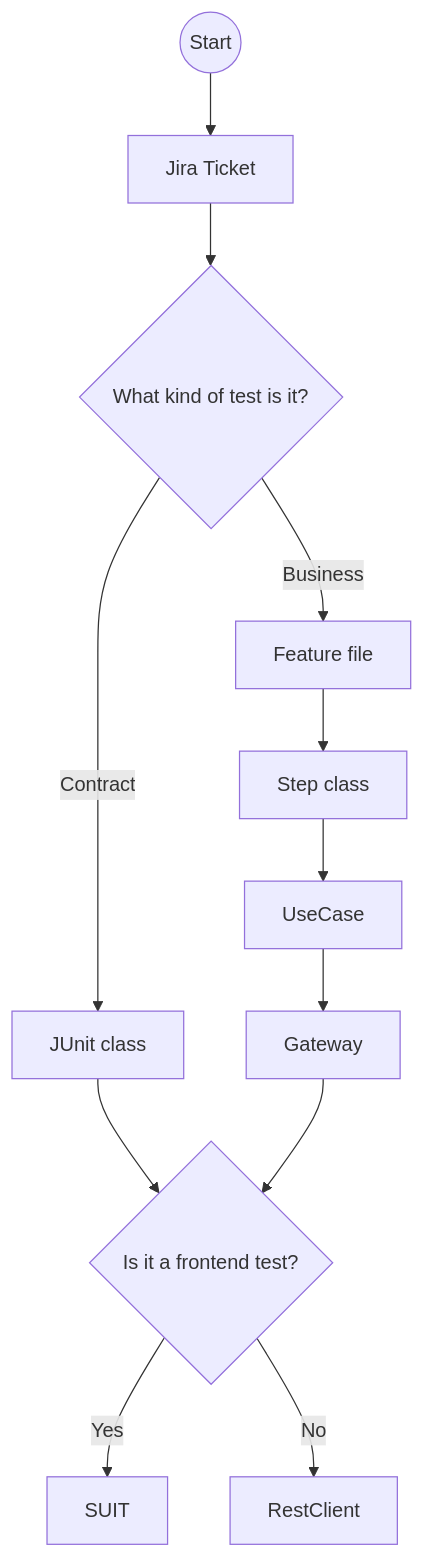
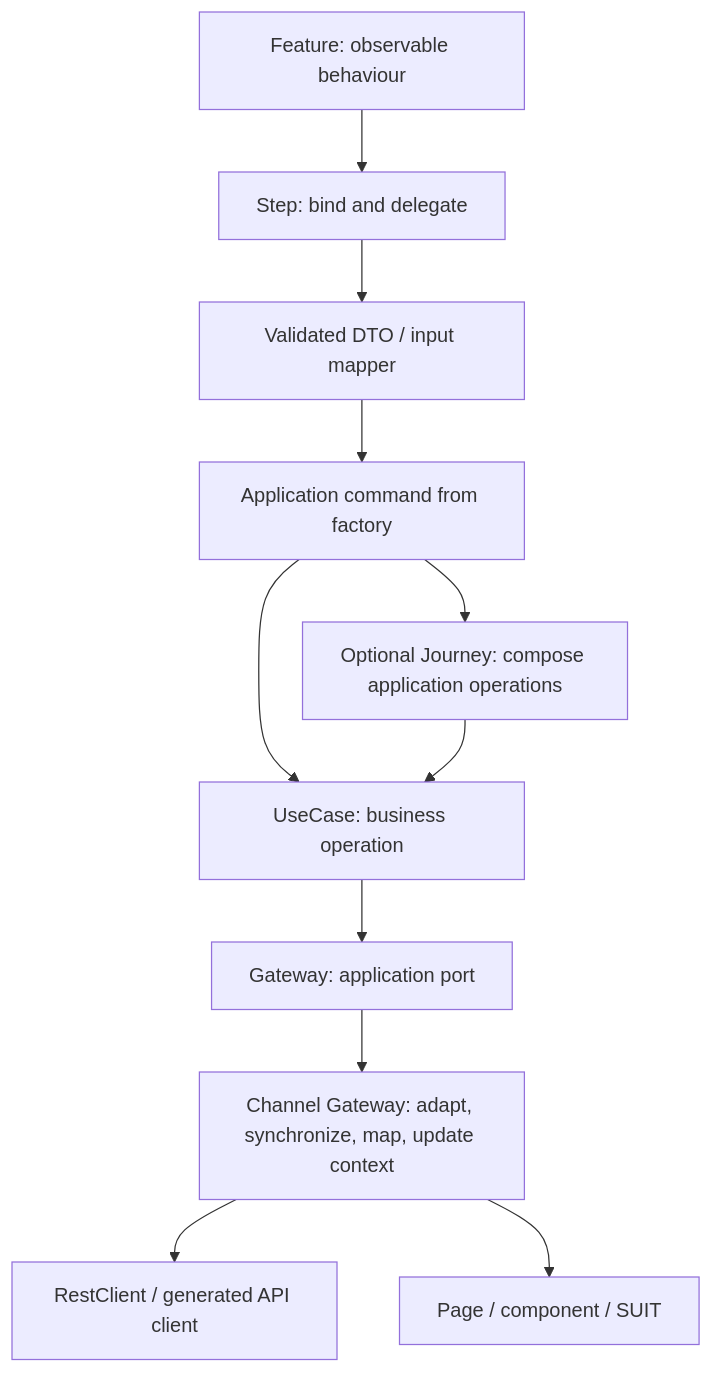
Before and after one commit to pagopa/qe_suit: the diagram in docs/flows/test-implementation-flow.md, drawn with Mermaid. The commit also changed other lines of this file and 4 other files, not shown here.

Commit message:
feat(Architecture): [QA-18036] update component responsibilities and product module structure documentation

````diff
--- a/docs/flows/test-implementation-flow.md
+++ b/docs/flows/test-implementation-flow.md
@@ -7,33 +19,24 @@
 ```mermaid
-flowchart TB
-    Start((Start))
-    Jira["Jira Ticket"]
-    Type{"What kind of test is it?"}
-
-    JUnit["JUnit class"]
-
-    Feature["Feature file"]
-    Step["Step class"]
-    UseCase["UseCase"]
-    Gateway["Gateway"]
-
-    Frontend{"Is it a frontend test?"}
-    Suit["SUIT"]
-    Rest["RestClient"]
-
-    Start --> Jira
-    Jira --> Type
-
-    Type -->|Contract| JUnit
-    Type -->|Business| Feature
+flowchart TD
+    Feature["Feature: observable behaviour"]
+    Step["Step: bind and delegate"]
+    Input["Validated DTO / input mapper"]
+    Command["Application command from factory"]
+    Journey["Optional Journey: compose application operations"]
+    UseCase["UseCase: business operation"]
+    Gateway["Gateway: application port"]
+    Adapter["Channel Gateway: adapt, synchronize, map, update context"]
+    Rest["RestClient / generated API client"]
+    UI["Page / component / SUIT"]
 
     Feature --> Step
-    Step --> UseCase
+    Step --> Input
+    Input --> Command
+    Command --> UseCase
+    Command --> Journey
+    Journey --> UseCase
     UseCase --> Gateway
-
-    JUnit --> Frontend
-    Gateway --> Frontend
-
-    Frontend -->|Yes| Suit
-    Frontend -->|No| Rest
+    Gateway --> Adapter
+    Adapter --> Rest
+    Adapter --> UI
 ```
````
